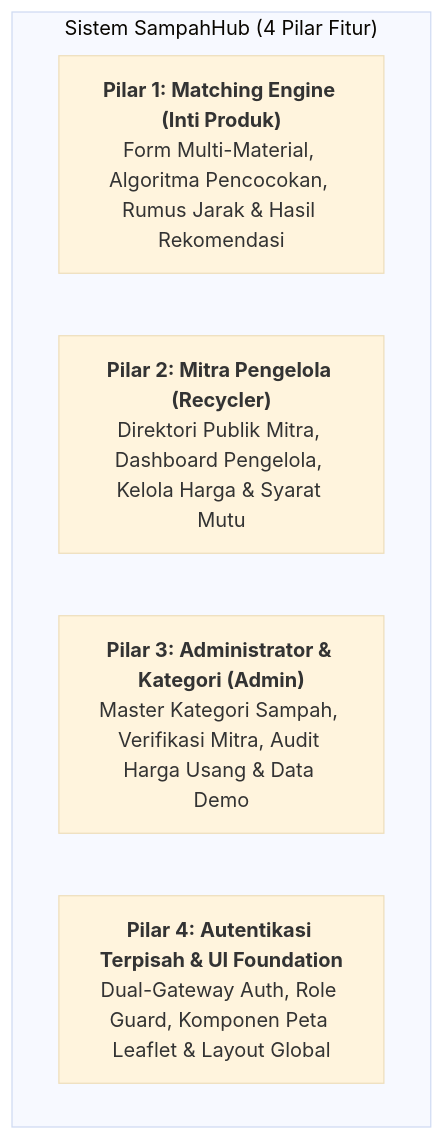
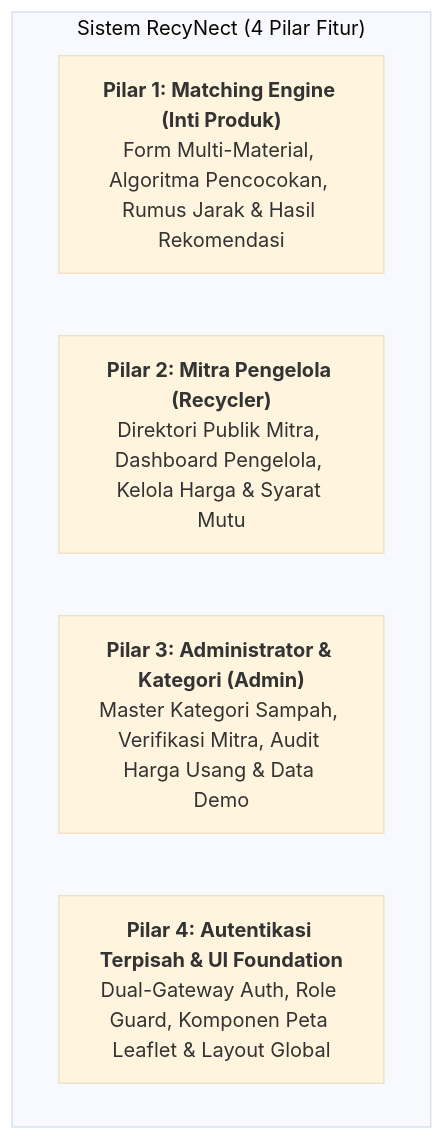
Before and after one commit to arya27Q/logicodix-web-app--RecyNect: the diagram in docs/Pembagian_Fitur_dan_Jobdesk.md, drawn with Mermaid (base theme). The commit also changed other lines of this file and 4804 other files, not shown here.

````diff
--- a/docs/Pembagian_Fitur_dan_Jobdesk.md
+++ b/docs/Pembagian_Fitur_dan_Jobdesk.md
@@ -17,9 +17,9 @@
 ```mermaid
 graph TD
-    subgraph Sistem["Sistem SampahHub (4 Pilar Fitur)"]
+    subgraph Sistem["Sistem RecyNect (4 Pilar Fitur)"]
         F1["<b>Pilar 1: Matching Engine (Inti Produk)</b><br>Form Multi-Material, Algoritma Pencocokan, Rumus Jarak & Hasil Rekomendasi"]
         F2["<b>Pilar 2: Mitra Pengelola (Recycler)</b><br>Direktori Publik Mitra, Dashboard Pengelola, Kelola Harga & Syarat Mutu"]
         F3["<b>Pilar 3: Administrator & Kategori (Admin)</b><br>Master Kategori Sampah, Verifikasi Mitra, Audit Harga Usang & Data Demo"]
         F4["<b>Pilar 4: Autentikasi Terpisah & UI Foundation</b><br>Dual-Gateway Auth, Role Guard, Komponen Peta Leaflet & Layout Global"]
     end
 ```
````
